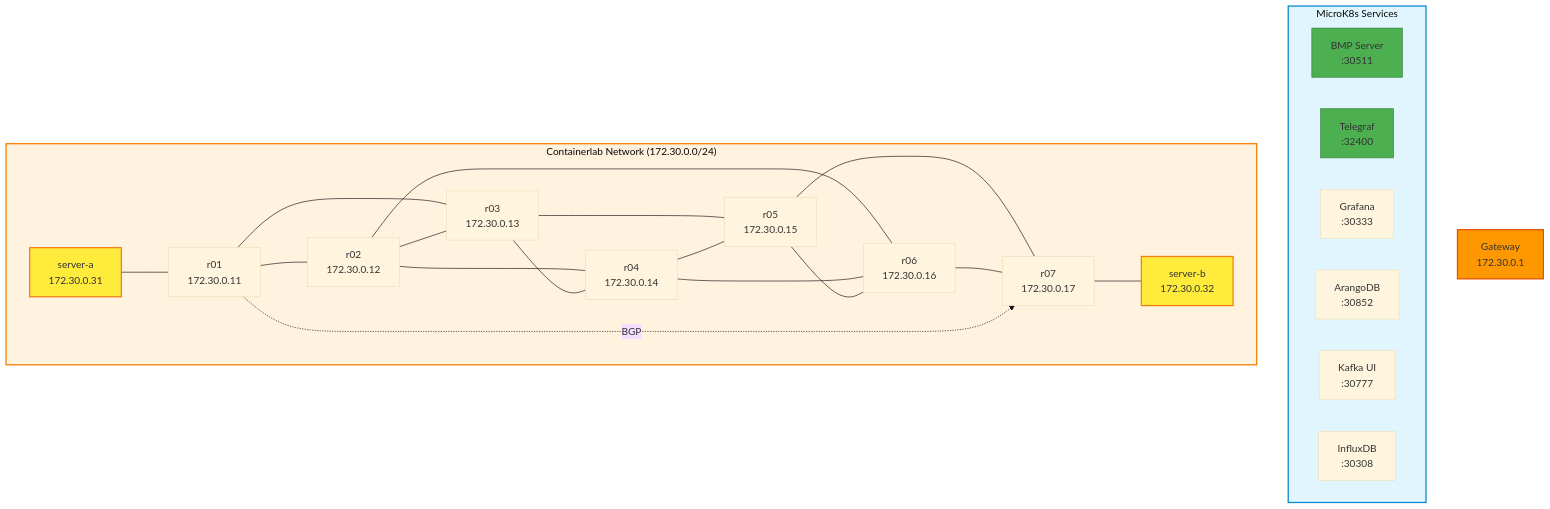
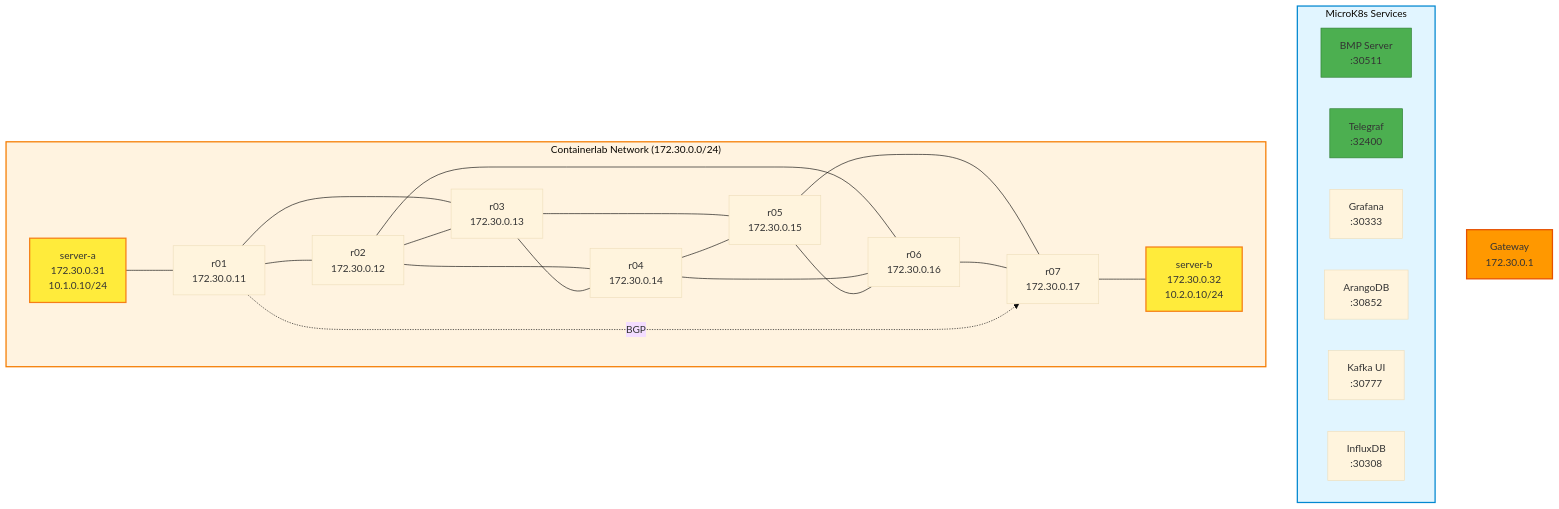
Before and after one commit to severindellsperger/jalapeno-bmp-demo: the diagram in README.md, drawn with Mermaid (base theme). The commit also changed other lines of this file and 7 other files, not shown here.

Commit message:
use correct bmp and telemetry server IP and optimized mermaid diagram

````diff
--- a/README.md
+++ b/README.md
@@ -17,52 +17,52 @@
 ```mermaid
 graph TB
     GW["Gateway<br/>172.30.0.1"]
 
     subgraph K8s["MicroK8s Services"]
         BMP["BMP Server<br/>:30511"]
         TEL["Telegraf<br/>:32400"]
         GRAF["Grafana<br/>:30333"]
         ARANGO["ArangoDB<br/>:30852"]
         KAFKA["Kafka UI<br/>:30777"]
         INFLUX["InfluxDB<br/>:30308"]
     end
 
     subgraph CL["Containerlab Network (172.30.0.0/24)"]
-        SA["server-a<br/>172.30.0.31"]
+        SA["server-a<br/>172.30.0.31"<br/>10.1.0.10/24]
         R01["r01<br/>172.30.0.11"]
         R02["r02<br/>172.30.0.12"]
         R03["r03<br/>172.30.0.13"]
         R04["r04<br/>172.30.0.14"]
         R05["r05<br/>172.30.0.15"]
         R06["r06<br/>172.30.0.16"]
         R07["r07<br/>172.30.0.17"]
-        SB["server-b<br/>172.30.0.32"]
+        SB["server-b<br/>172.30.0.32"<br/>10.2.0.10/24]
     end
 
     %% Physical topology
     SA --- R01
     R01 --- R02
     R01 --- R03
     R02 --- R03
     R02 --- R04
     R02 --- R06
     R03 --- R04
     R03 --- R05
     R04 --- R05
     R04 --- R06
     R05 --- R06
     R05 --- R07
     R06 --- R07
     R07 --- SB
 
     %% BGP peering
     R01 -.BGP.-> R07
 
     style K8s fill:#e1f5ff,stroke:#0288d1,stroke-width:2px
     style CL fill:#fff3e0,stroke:#f57c00,stroke-width:2px
     style BMP fill:#4caf50,stroke:#2e7d32
     style TEL fill:#4caf50,stroke:#2e7d32
     style GW fill:#ff9800,stroke:#e65100,stroke-width:2px
     style SA fill:#ffeb3b,stroke:#f57f17,stroke-width:2px
     style SB fill:#ffeb3b,stroke:#f57f17,stroke-width:2px
 ```
````
